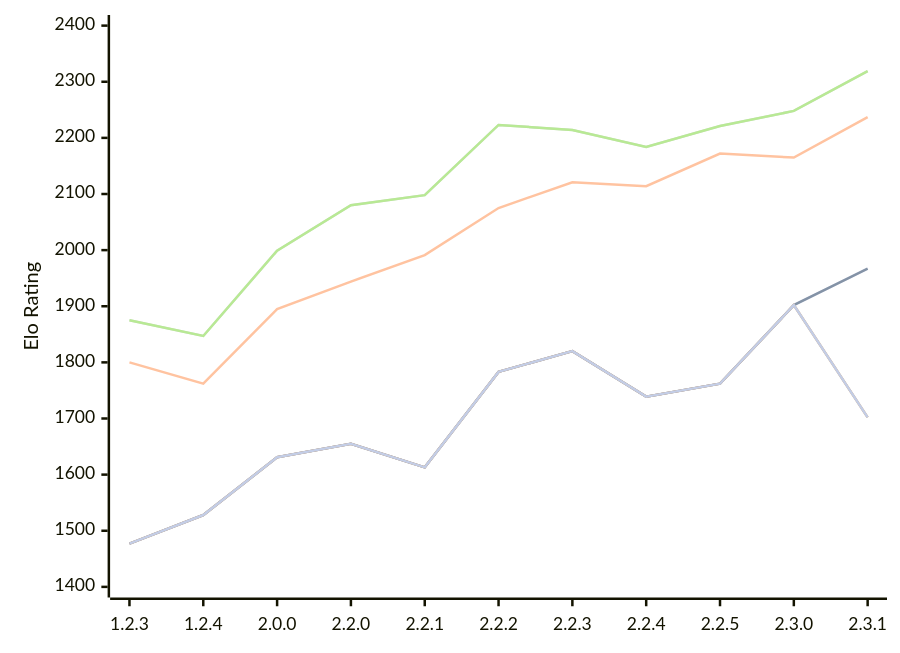
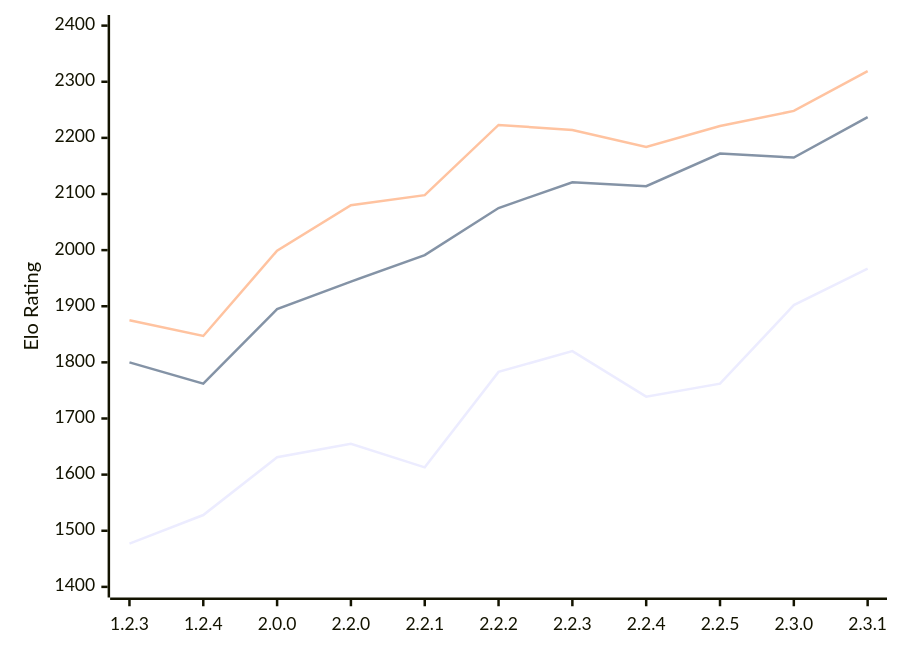
Before and after one commit to computer-chess-index/cci: the diagram in engines/Kreveta.md, drawn with Mermaid. The commit also changed other lines of this file, not shown here.

````diff
--- a/engines/Kreveta.md
+++ b/engines/Kreveta.md
@@ -57,13 +57,9 @@
 ```mermaid
 %%{init: {"theme":"base","themeVariables":{"seriesColors:['#a3a3a3','#222221','#faa371']}}}%%
 xychart-beta
   x-axis ["1.2.3", "1.2.4", "2.0.0", "2.2.0", "2.2.1", "2.2.2", "2.2.3", "2.2.4", "2.2.5", "2.3.0", "2.3.1"]
   y-axis "Elo Rating" 1400 --> 2400
-  line "" [1477, 1528, 1631, 1655, 1613, 1783, 1820, 1739, 1762, 1902, 1967]
   line "T1: STC (8.0+0.08s)" [1477, 1528, 1631, 1655, 1613, 1783, 1820, 1739, 1762, 1902, 1967]
   line "T1: LTC (60.0+0.60s)" [1800, 1762, 1895, 1944, 1991, 2075, 2121, 2114, 2172, 2165, 2237]
-  line "" [1875, 1847, 1999, 2080, 2098, 2223, 2214, 2184, 2221, 2248, 2319]
   line "T1: VLTC (2m24s+1.12s)" [1875, 1847, 1999, 2080, 2098, 2223, 2214, 2184, 2221, 2248, 2319]
-  line "" [1477, 1528, 1631, 1655, 1613, 1783, 1820, 1739, 1762, 1902,1702]
-  line "E1: STC (8.0+0.08s)" [1477, 1528, 1631, 1655, 1613, 1783, 1820, 1739, 1762, 1902,1702]
 ```
````
